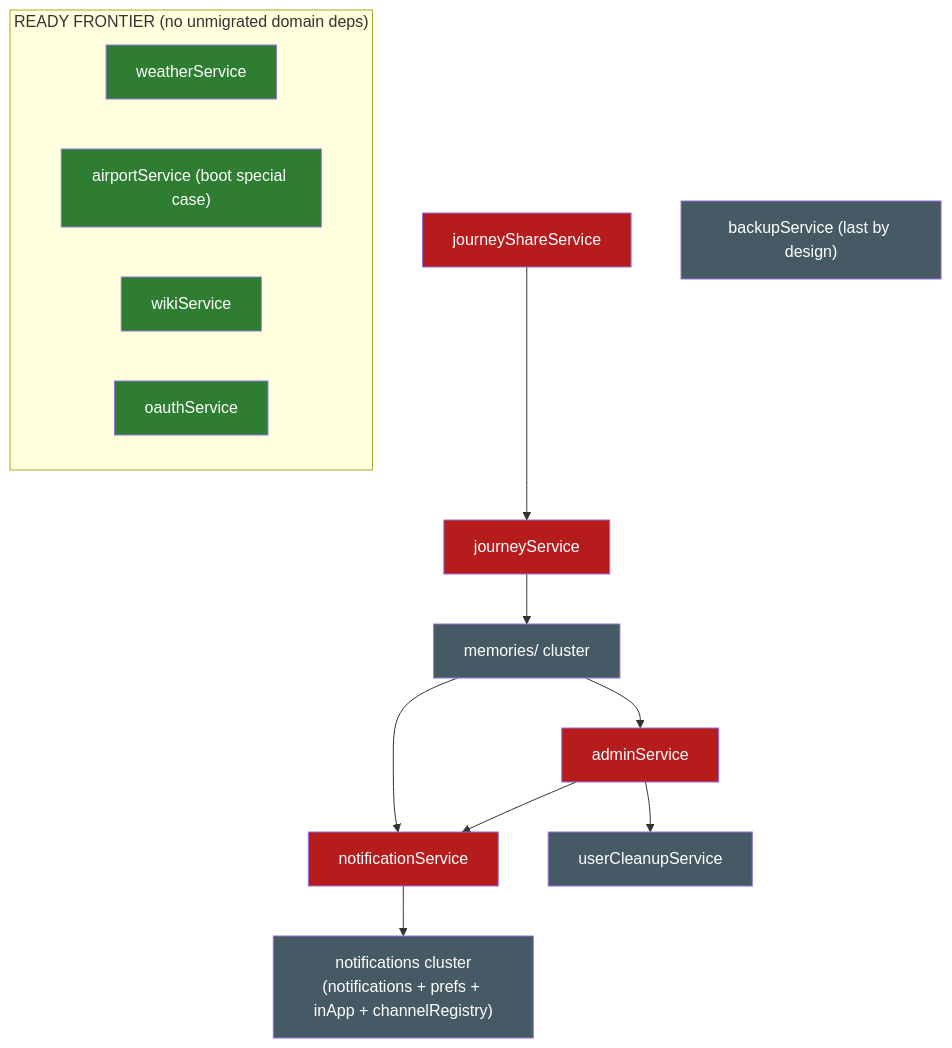
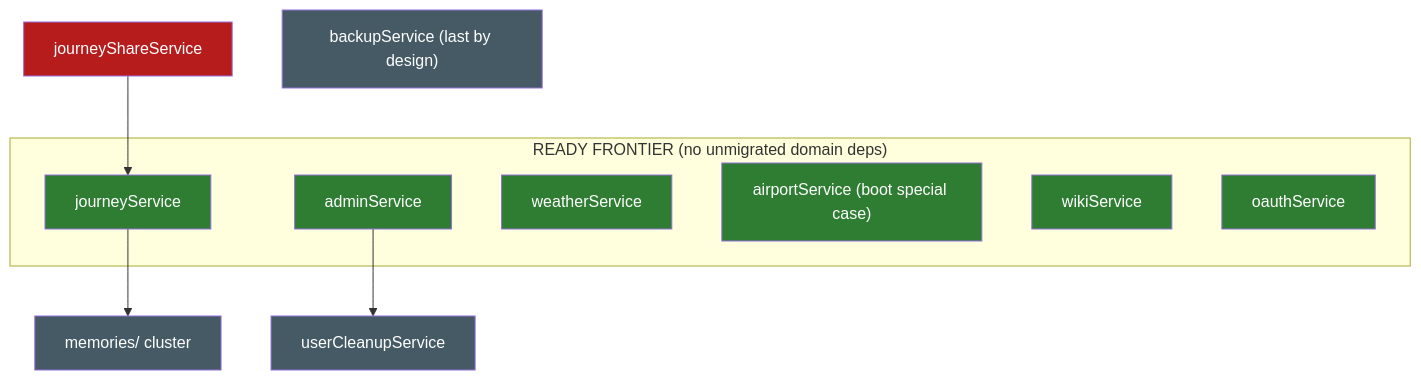
One commit to BeInLife/TREK changed the diagram in migration-graph.md. Above: the diagram before and after it, drawn with Mermaid. The commit also changed other lines of this file, not shown here.

First line of the commit message:
docs: regenerate migration-graph after the notifications fold

````diff
--- a/migration-graph.md
+++ b/migration-graph.md
@@ -389,29 +447,25 @@
 ```mermaid
 flowchart TD
   classDef ready fill:#2e7d32,color:#fff
   classDef blocked fill:#b71c1c,color:#fff
   classDef hub fill:#e65100,color:#fff
   classDef infra fill:#455a64,color:#fff
 
   subgraph frontier["READY FRONTIER (no unmigrated domain deps)"]
+    admin[adminService]:::ready
+    journey[journeyService]:::ready
     weather[weatherService]:::ready
     airport["airportService (boot special case)"]:::ready
     wiki[wikiService]:::ready
     oauth[oauthService]:::ready
   end
 
-  notifSvc[notificationService]:::blocked
-  admin[adminService]:::blocked
-  journey[journeyService]:::blocked
   journeyShare[journeyShareService]:::blocked
   backup["backupService (last by design)"]:::infra
-  notifCluster["notifications cluster<br/>(notifications + prefs + inApp + channelRegistry)"]:::infra
   memories["memories/ cluster"]:::infra
   cleanup[userCleanupService]:::infra
 
-  notifSvc --> notifCluster
-  admin --> notifSvc & cleanup
+  admin --> cleanup
   journey --> memories
   journeyShare --> journey
-  memories --> notifSvc & admin
 ```
````
